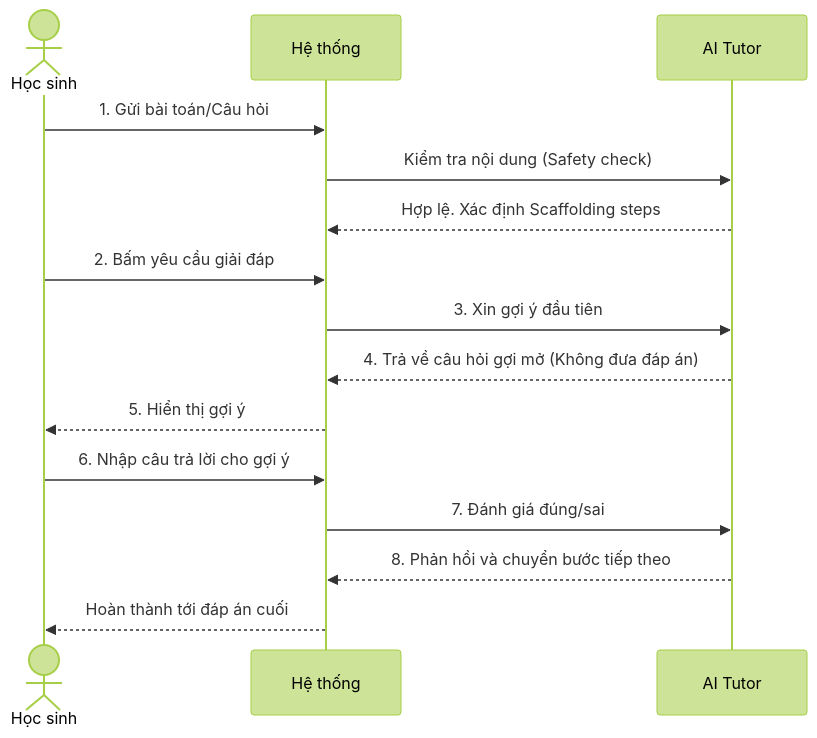
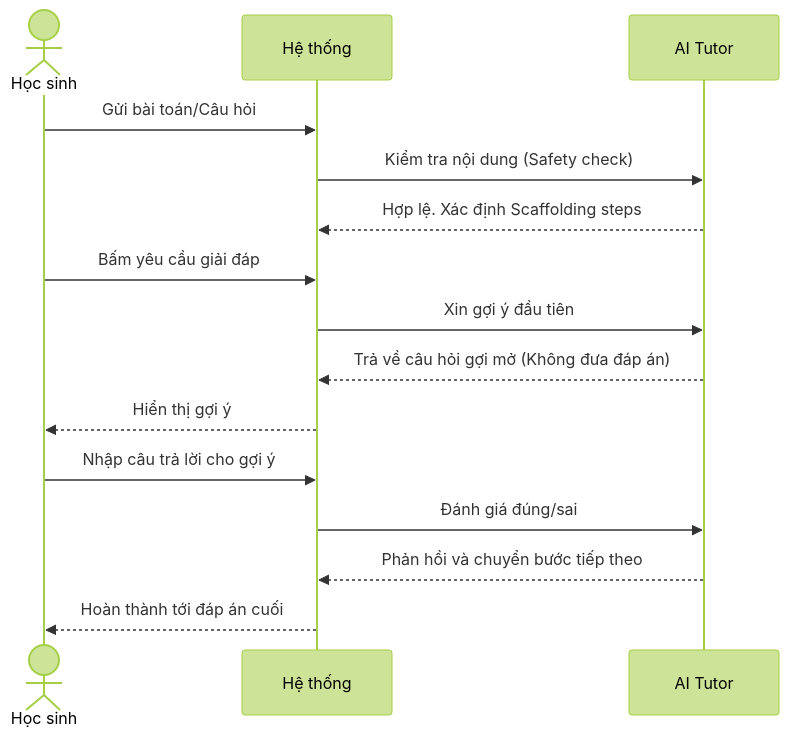
One commit to Cong-ty-TNNH-Q-Tech/Q-School changed the first of 8 diagrams in docs/nhom_5_magicstudent.md. Above: the diagram before and after it, drawn with Mermaid (forest theme). The commit also changed other lines of this file and 5 other files, not shown here.

Commit message:
docs: refine sequence diagrams logical flow and remove step numbers

````diff
--- a/docs/nhom_5_magicstudent.md
+++ b/docs/nhom_5_magicstudent.md
@@ -22,18 +22,18 @@
 ```mermaid
 sequenceDiagram
     actor HS as Học sinh
     participant HT as Hệ thống
     participant AI as AI Tutor
 
-    HS->>HT: 1. Gửi bài toán/Câu hỏi
+    HS->>HT: Gửi bài toán/Câu hỏi
     HT->>AI: Kiểm tra nội dung (Safety check)
     AI-->>HT: Hợp lệ. Xác định Scaffolding steps
-    HS->>HT: 2. Bấm yêu cầu giải đáp
-    HT->>AI: 3. Xin gợi ý đầu tiên
-    AI-->>HT: 4. Trả về câu hỏi gợi mở (Không đưa đáp án)
-    HT-->>HS: 5. Hiển thị gợi ý
-    HS->>HT: 6. Nhập câu trả lời cho gợi ý
-    HT->>AI: 7. Đánh giá đúng/sai
-    AI-->>HT: 8. Phản hồi và chuyển bước tiếp theo
+    HS->>HT: Bấm yêu cầu giải đáp
+    HT->>AI: Xin gợi ý đầu tiên
+    AI-->>HT: Trả về câu hỏi gợi mở (Không đưa đáp án)
+    HT-->>HS: Hiển thị gợi ý
+    HS->>HT: Nhập câu trả lời cho gợi ý
+    HT->>AI: Đánh giá đúng/sai
+    AI-->>HT: Phản hồi và chuyển bước tiếp theo
     HT-->>HS: Hoàn thành tới đáp án cuối
 ```
````
